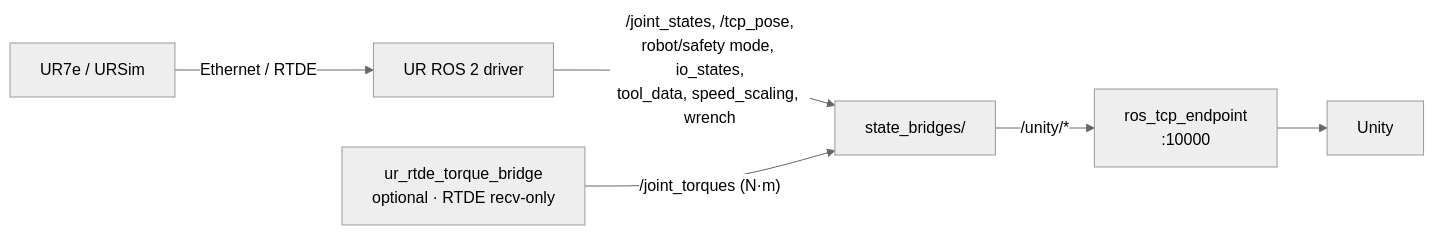
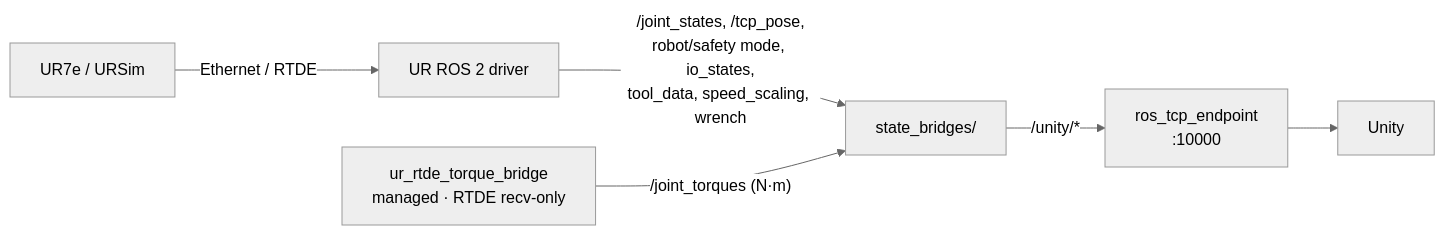
One commit to ZGMFX25A/Digital_twin_based_on_Unity_and_Ros changed the second of 4 diagrams in README.md. Above: the diagram before and after it, drawn with Mermaid (neutral theme). The commit also changed other lines of this file and 2 other files, not shown here.

First line of the commit message:
docs: update READMEs for managed ur_rtde + Unity teleop control

````diff
--- a/README.md
+++ b/README.md
@@ -56,9 +61,9 @@
 ```mermaid
 flowchart LR
     robot["UR7e / URSim"] -->|Ethernet / RTDE| driver["UR ROS 2 driver"]
-    torque["ur_rtde_torque_bridge<br/>optional · RTDE recv-only"]
+    torque["ur_rtde_torque_bridge<br/>managed · RTDE recv-only"]
     driver -->|"/joint_states, /tcp_pose,<br/>robot/safety mode, io_states,<br/>tool_data, speed_scaling, wrench"| sb["state_bridges/"]
     torque -->|"/joint_torques (N·m)"| sb
     sb -->|"/unity/*"| ep["ros_tcp_endpoint<br/>:10000"]
     ep --> unity["Unity"]
 ```
````
